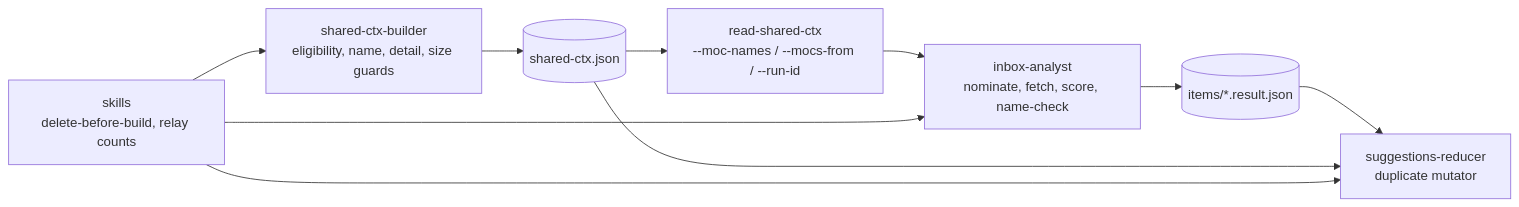
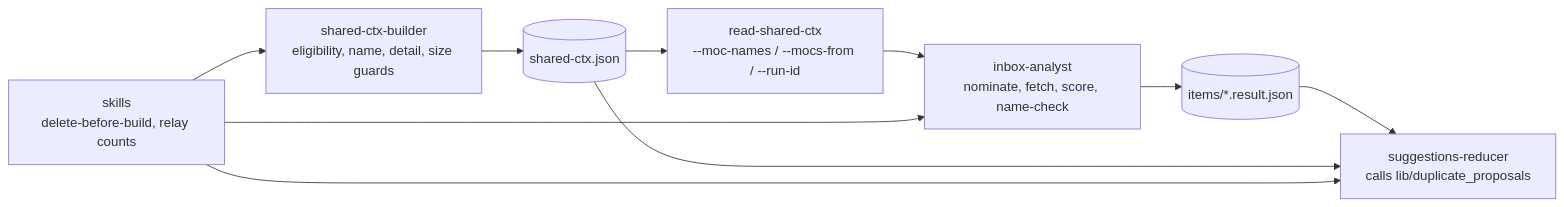
The second of 2 diagrams in docs/XDD/specs/040-relevant-mocs-per-item/solution.md (MMoMM-org/miyo-tomo), drawn with Mermaid before and after one commit. The commit also changed other lines of this file and 9 other files, not shown here.

````diff
--- a/docs/XDD/specs/040-relevant-mocs-per-item/solution.md
+++ b/docs/XDD/specs/040-relevant-mocs-per-item/solution.md
@@ -268,12 +279,12 @@
 ```mermaid
 graph LR
     B[shared-ctx-builder<br/>eligibility, name, detail, size guards] --> C[(shared-ctx.json)]
     C --> R[read-shared-ctx<br/>--moc-names / --mocs-from / --run-id]
     R --> A[inbox-analyst<br/>nominate, fetch, score, name-check]
     A --> I[(items/*.result.json)]
-    I --> D[suggestions-reducer<br/>duplicate mutator]
+    I --> D[suggestions-reducer<br/>calls lib/duplicate_proposals]
     C --> D
     S[skills<br/>delete-before-build, relay counts] --> B
     S --> A
     S --> D
 ```
````
